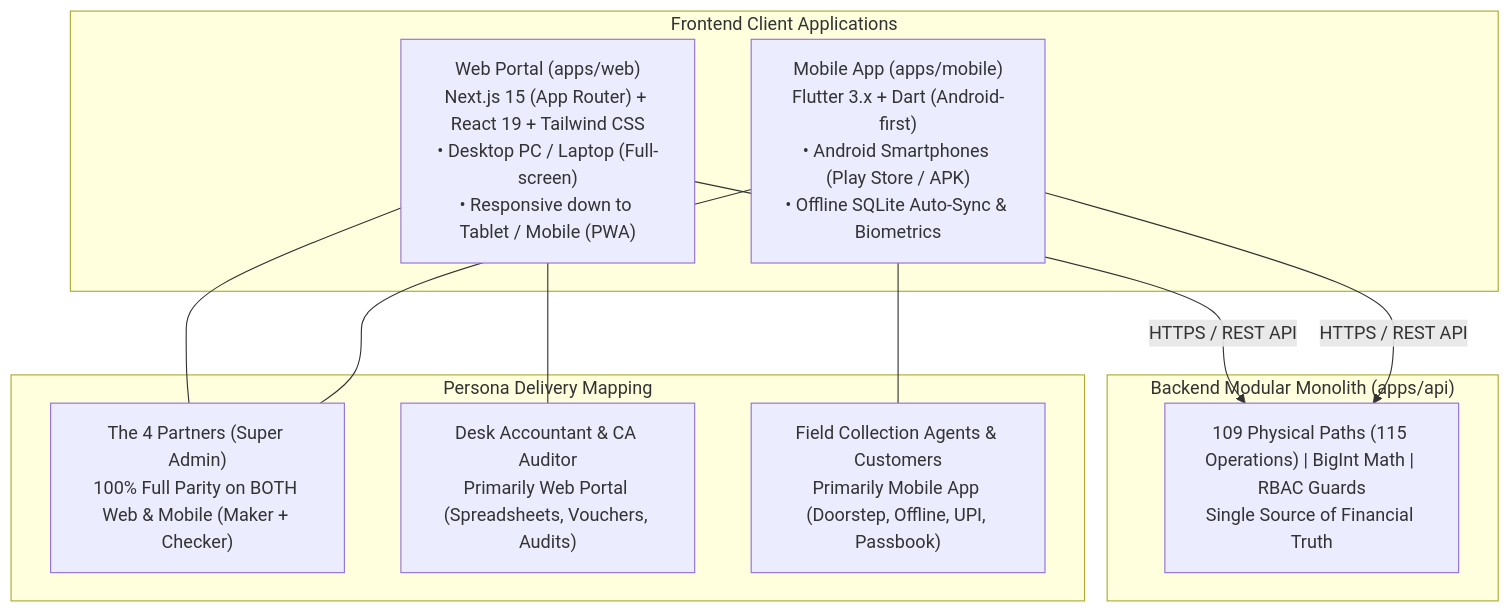
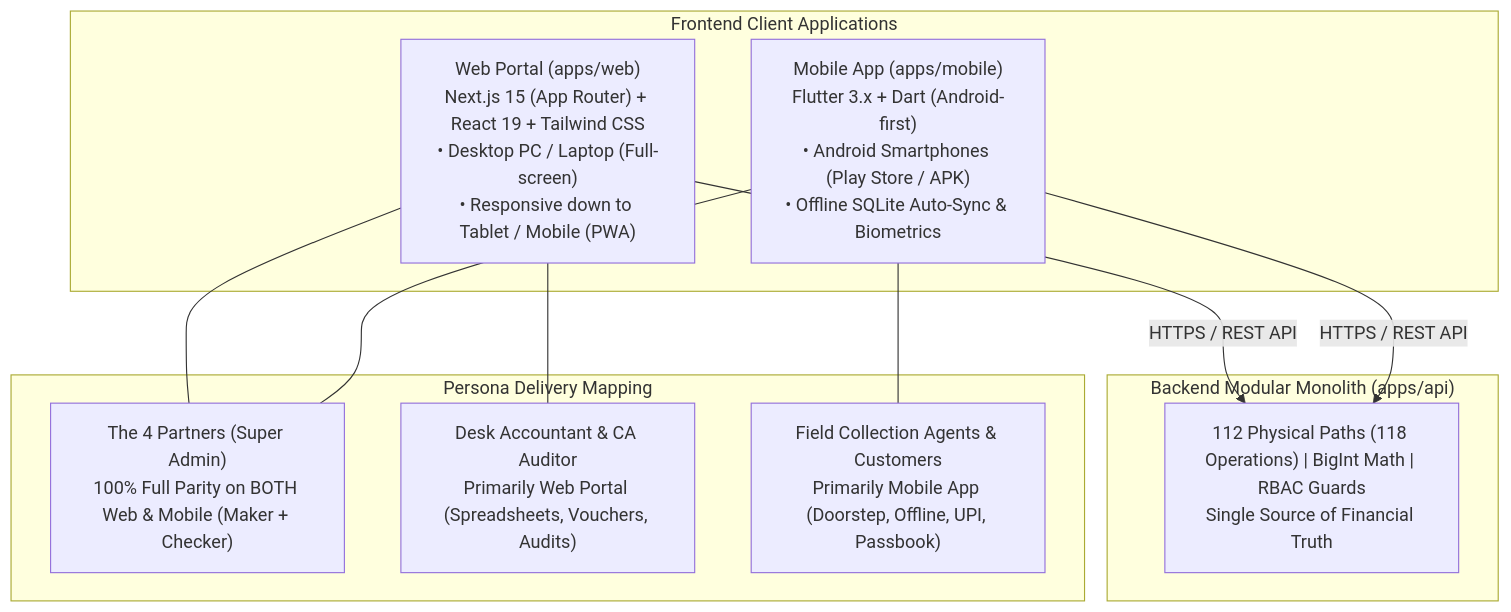
Before and after one commit to Kathir-24/Kumaran-finance: the first of 3 diagrams in docs/03-architecture/frontend-architecture.md, drawn with Mermaid. The commit also changed 13 other files, not shown here.

````diff
--- a/docs/03-architecture/frontend-architecture.md
+++ b/docs/03-architecture/frontend-architecture.md
@@ -19,25 +19,25 @@
 ```mermaid
 flowchart TD
     subgraph Clients["Frontend Client Applications"]
         Web["Web Portal (apps/web)\nNext.js 15 (App Router) + React 19 + Tailwind CSS\n• Desktop PC / Laptop (Full-screen)\n• Responsive down to Tablet / Mobile (PWA)"]
         Mobile["Mobile App (apps/mobile)\nFlutter 3.x + Dart (Android-first)\n• Android Smartphones (Play Store / APK)\n• Offline SQLite Auto-Sync & Biometrics"]
     end
 
     subgraph API["Backend Modular Monolith (apps/api)"]
-        Nest["109 Physical Paths (115 Operations) | BigInt Math | RBAC Guards\nSingle Source of Financial Truth"]
+        Nest["112 Physical Paths (118 Operations) | BigInt Math | RBAC Guards\nSingle Source of Financial Truth"]
     end
 
     subgraph Personas["Persona Delivery Mapping"]
         P_Partner["The 4 Partners (Super Admin)\n100% Full Parity on BOTH Web & Mobile (Maker + Checker)"]
         P_Desk["Desk Accountant & CA Auditor\nPrimarily Web Portal (Spreadsheets, Vouchers, Audits)"]
         P_Field["Field Collection Agents & Customers\nPrimarily Mobile App (Doorstep, Offline, UPI, Passbook)"]
     end
 
     Web -->|HTTPS / REST API| Nest
     Mobile -->|HTTPS / REST API| Nest
 
     Web --- P_Partner
     Web --- P_Desk
     Mobile --- P_Partner
     Mobile --- P_Field
 ```
````
